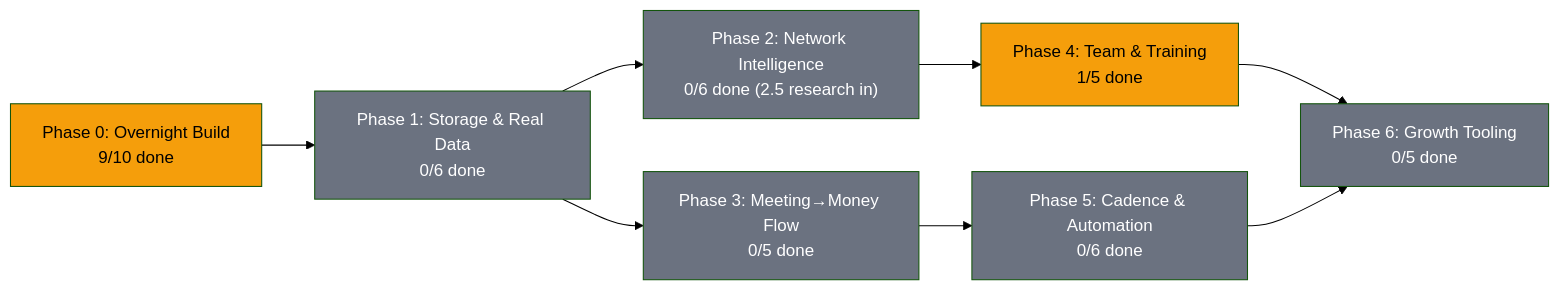
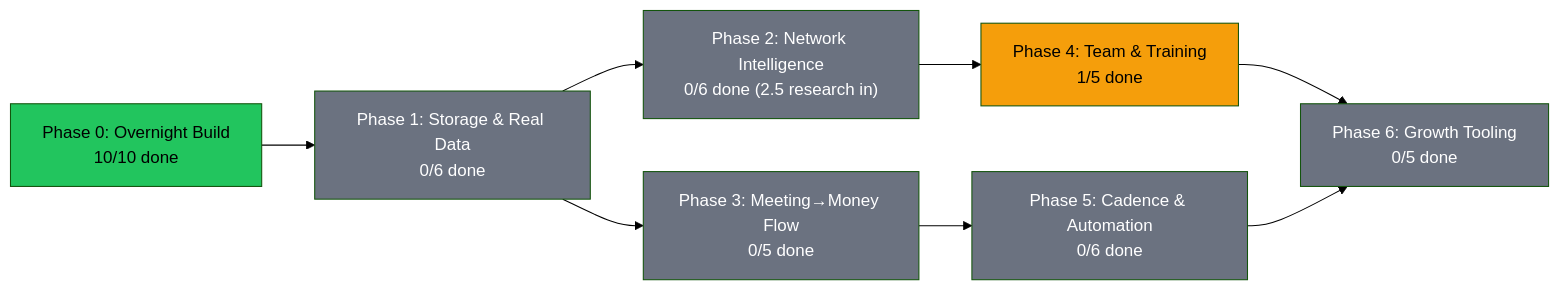
The diagram in docs/plans/PRD-mle-rob-dashboard-v2.md (blacklabelbob/mle-rob-dashboard), drawn with Mermaid (forest theme) before and after one commit. The commit also changed other lines of this file and 7 other files, not shown here.

````diff
--- a/docs/plans/PRD-mle-rob-dashboard-v2.md
+++ b/docs/plans/PRD-mle-rob-dashboard-v2.md
@@ -17,18 +17,18 @@
 ```mermaid
 flowchart LR
-    P0["Phase 0: Overnight Build<br/>9/10 done"] --> P1["Phase 1: Storage & Real Data<br/>0/6 done"]
+    P0["Phase 0: Overnight Build<br/>10/10 done"] --> P1["Phase 1: Storage & Real Data<br/>0/6 done"]
     P1 --> P2["Phase 2: Network Intelligence<br/>0/6 done (2.5 research in)"]
     P1 --> P3["Phase 3: Meeting→Money Flow<br/>0/5 done"]
     P2 --> P4["Phase 4: Team & Training<br/>1/5 done"]
     P3 --> P5["Phase 5: Cadence & Automation<br/>0/6 done"]
     P4 --> P6["Phase 6: Growth Tooling<br/>0/5 done"]
     P5 --> P6
 
-    style P0 fill:#f59e0b,color:#000
+    style P0 fill:#22c55e,color:#000
     style P1 fill:#6b7280,color:#fff
     style P2 fill:#6b7280,color:#fff
     style P3 fill:#6b7280,color:#fff
     style P4 fill:#f59e0b,color:#000
     style P5 fill:#6b7280,color:#fff
     style P6 fill:#6b7280,color:#fff
 ```
````
